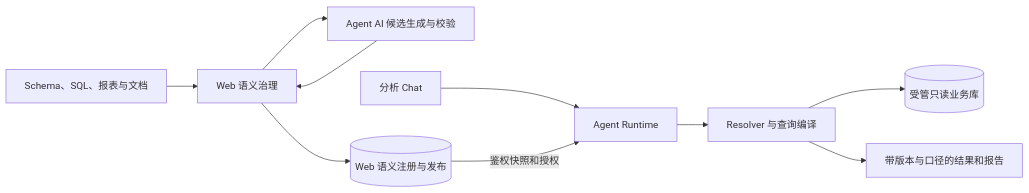
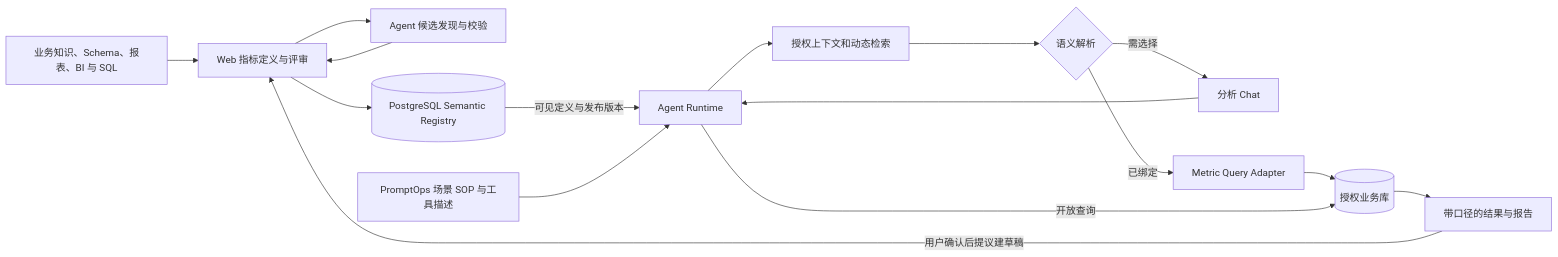
One commit to RuiLu007/compass changed the first of 2 diagrams in mai-specs/974-lesson-22-enterprise-semantic-governance/design/TECH_DESIGN.md. Above: the diagram before and after it, drawn with Mermaid. The commit also changed other lines of this file and 528 other files, not shown here.

````diff
--- a/mai-specs/974-lesson-22-enterprise-semantic-governance/design/TECH_DESIGN.md
+++ b/mai-specs/974-lesson-22-enterprise-semantic-governance/design/TECH_DESIGN.md
@@ -20,12 +22,18 @@
 ```mermaid
 flowchart LR
-  S[Schema、SQL、报表与文档] --> W[Web 语义治理]
-  W --> C[Agent AI 候选生成与校验]
-  C --> W
-  W --> R[(Web 语义注册与发布)]
+  S[业务知识、Schema、报表、BI 与 SQL] --> W[Web 指标定义与评审]
+  W --> G[Agent 候选发现与校验]
+  G --> W
+  W --> R[(PostgreSQL Semantic Registry)]
   U[分析 Chat] --> A[Agent Runtime]
-  R -->|鉴权快照和授权| A
-  A --> B[Resolver 与查询编译]
-  B --> D[(受管只读业务库)]
-  B --> O[带版本与口径的结果和报告]
+  R -->|可见定义与发布版本| A
+  P[PromptOps 场景 SOP 与工具描述] --> A
+  A --> H[授权上下文和动态检索]
+  H --> C{语义解析}
+  C -->|需选择| U
+  C -->|已绑定| Q[Metric Query Adapter]
+  Q --> D[(授权业务库)]
+  D --> O[带口径的结果与报告]
+  A -->|开放查询| D
+  O -->|用户确认后提议建草稿| W
 ```
````
